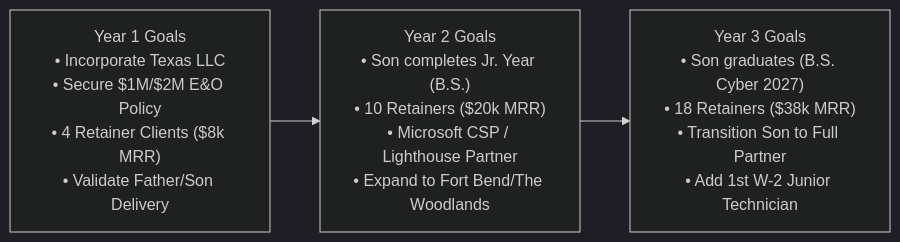
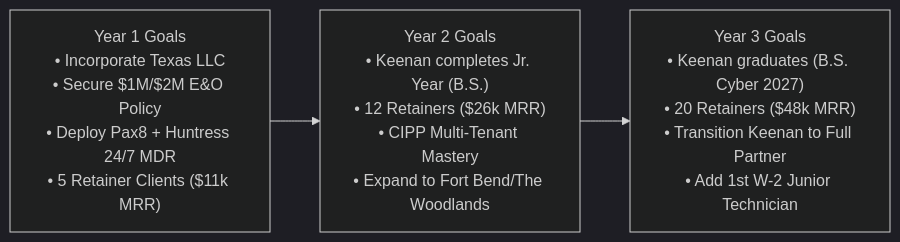
The first of 5 diagrams in business-plan/purdue_family_cybersecurity_business_plan.md (KeenanSec/MorrisonCyberDefense), drawn with Mermaid (dark theme) before and after one commit. The commit also changed other lines of this file and 2 other files, not shown here.

````diff
--- a/business-plan/purdue_family_cybersecurity_business_plan.md
+++ b/business-plan/purdue_family_cybersecurity_business_plan.md
@@ -84,5 +91,5 @@
 ```mermaid
 flowchart LR
-    M1["Year 1 Goals\n• Incorporate Texas LLC\n• Secure $1M/$2M E&O Policy\n• 4 Retainer Clients ($8k MRR)\n• Validate Father/Son Delivery"] --> M2["Year 2 Goals\n• Son completes Jr. Year (B.S.)\n• 10 Retainers ($20k MRR)\n• Microsoft CSP / Lighthouse Partner\n• Expand to Fort Bend/The Woodlands"]
-    M2 --> M3["Year 3 Goals\n• Son graduates (B.S. Cyber 2027)\n• 18 Retainers ($38k MRR)\n• Transition Son to Full Partner\n• Add 1st W-2 Junior Technician"]
+    M1["Year 1 Goals\n• Incorporate Texas LLC\n• Secure $1M/$2M E&O Policy\n• Deploy Pax8 + Huntress 24/7 MDR\n• 5 Retainer Clients ($11k MRR)"] --> M2["Year 2 Goals\n• Keenan completes Jr. Year (B.S.)\n• 12 Retainers ($26k MRR)\n• CIPP Multi-Tenant Mastery\n• Expand to Fort Bend/The Woodlands"]
+    M2 --> M3["Year 3 Goals\n• Keenan graduates (B.S. Cyber 2027)\n• 20 Retainers ($48k MRR)\n• Transition Keenan to Full Partner\n• Add 1st W-2 Junior Technician"]
 ```
````
